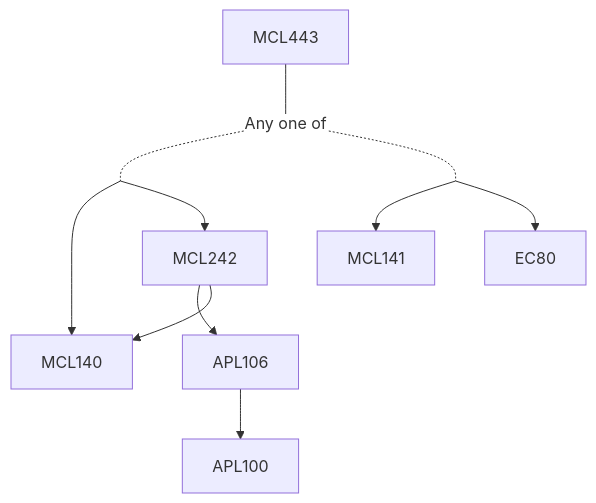
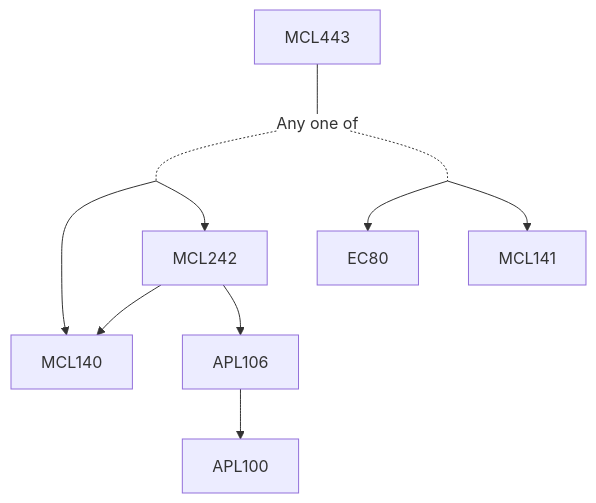
The diagram in content/Mechanical Engineering/MCL443.md (KeshavBansal0122/CoS_Website), drawn with Mermaid before and after one commit. The commit also changed other lines of this file and 392 other files, not shown here.

````diff
--- a/content/Mechanical Engineering/MCL443.md
+++ b/content/Mechanical Engineering/MCL443.md
@@ -15,17 +15,17 @@
 ```mermaid
 flowchart TD
 MCL443-1447[MCL443]
 MCL443-1447 --- Or1448[Any one of]:::empty
 Or1448 -.- and1449[ ]:::trueEmpty
+MCL242-1449 --> MCL140-1449[MCL140]
+MCL242-1449 --> APL106-1449[APL106]
 and1449 --> MCL140-1449[MCL140]
+APL106-1449 --> APL100-1449[APL100]
 and1449 --> MCL242-1449[MCL242]
-APL106-1449 --> APL100-1449[APL100]
-MCL242-1449 --> APL106-1449[APL106]
-MCL242-1449 --> MCL140-1449[MCL140]
 Or1448 -.- and1450[ ]:::trueEmpty
+and1450 --> EC80-1450[EC80]
 and1450 --> MCL141-1450[MCL141]
-and1450 --> EC80-1450[EC80]
 
 classDef empty height:17px, fill:transparent, stroke:transparent;
 classDef trueEmpty height:0px, width:0px;
 ```
````
